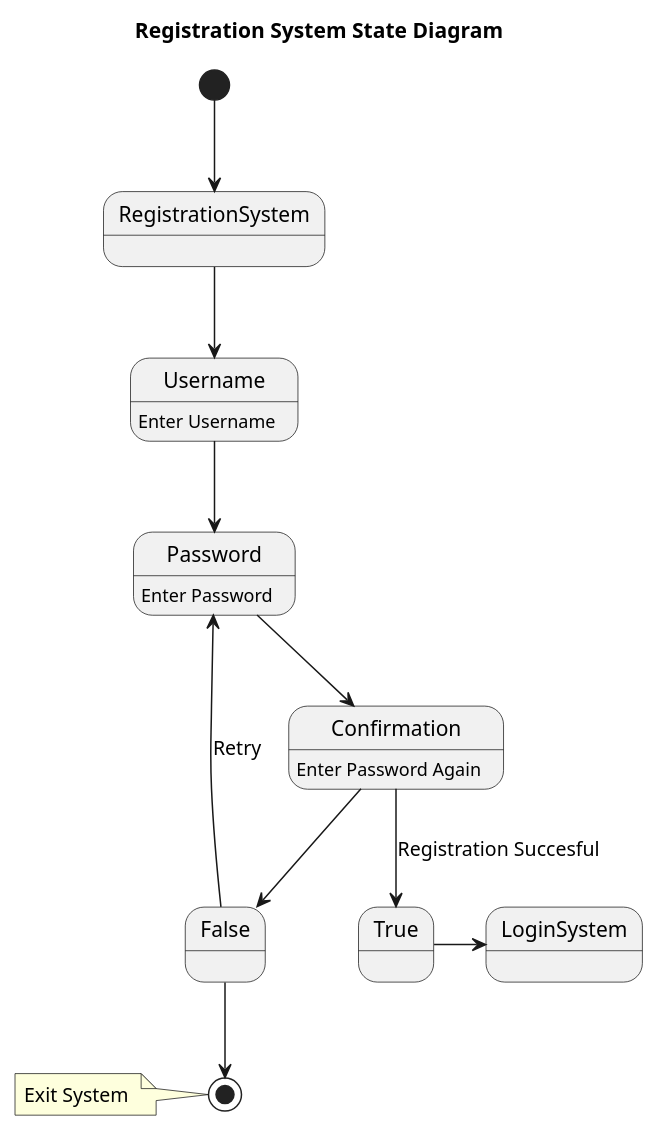
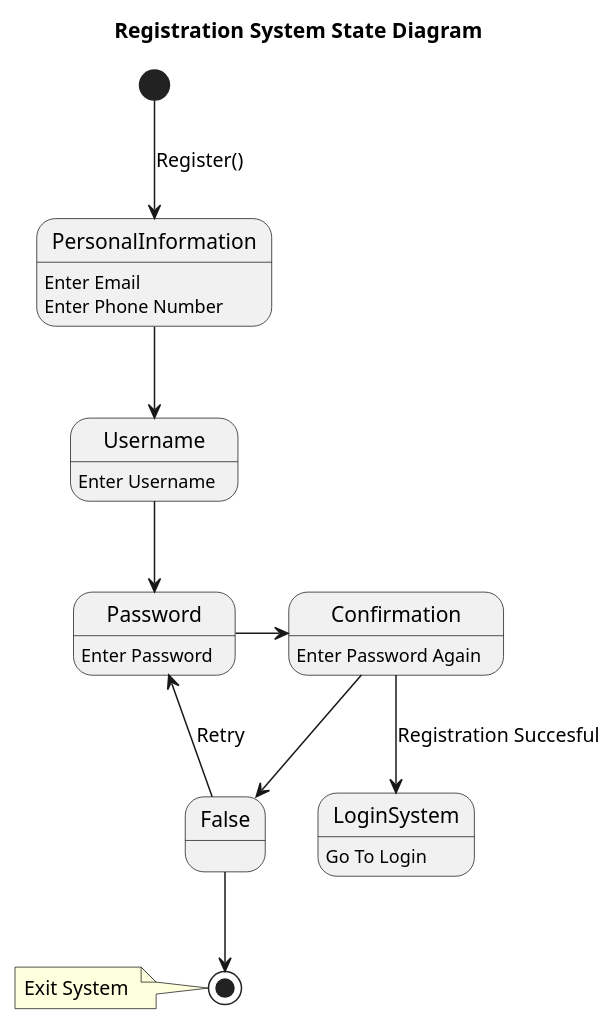
One commit to Khalid0921/ECCE-336-Project changed the diagram in StateDiagrams/RegistrationSystem.plantuml. Above: the diagram before and after it, drawn with PlantUML. The commit also changed 3 other files, not shown here.

```diff
--- a/StateDiagrams/RegistrationSystem.plantuml
+++ b/StateDiagrams/RegistrationSystem.plantuml
@@ -1,20 +1,21 @@
 @startuml
 
 title Registration System State Diagram
-[*] --> RegistrationSystem
-RegistrationSystem --> Username
+[*] --> PersonalInformation: Register()
+PersonalInformation --> Username
 Username --> Password
 Username: Enter Username
 Password: Enter Password
-Password --> Confirmation
-Confirmation --> True : Registration Succesful
+Password -> Confirmation
+Confirmation --> LoginSystem : Registration Succesful
 Confirmation --> False
 Confirmation:Enter Password Again
 Password <-- False : Retry
 False --> [*]
 note left
 Exit System 
 end note
-True -> LoginSystem
+LoginSystem: Go To Login
+PersonalInformation:Enter Email\nEnter Phone Number
 
 @enduml
```
